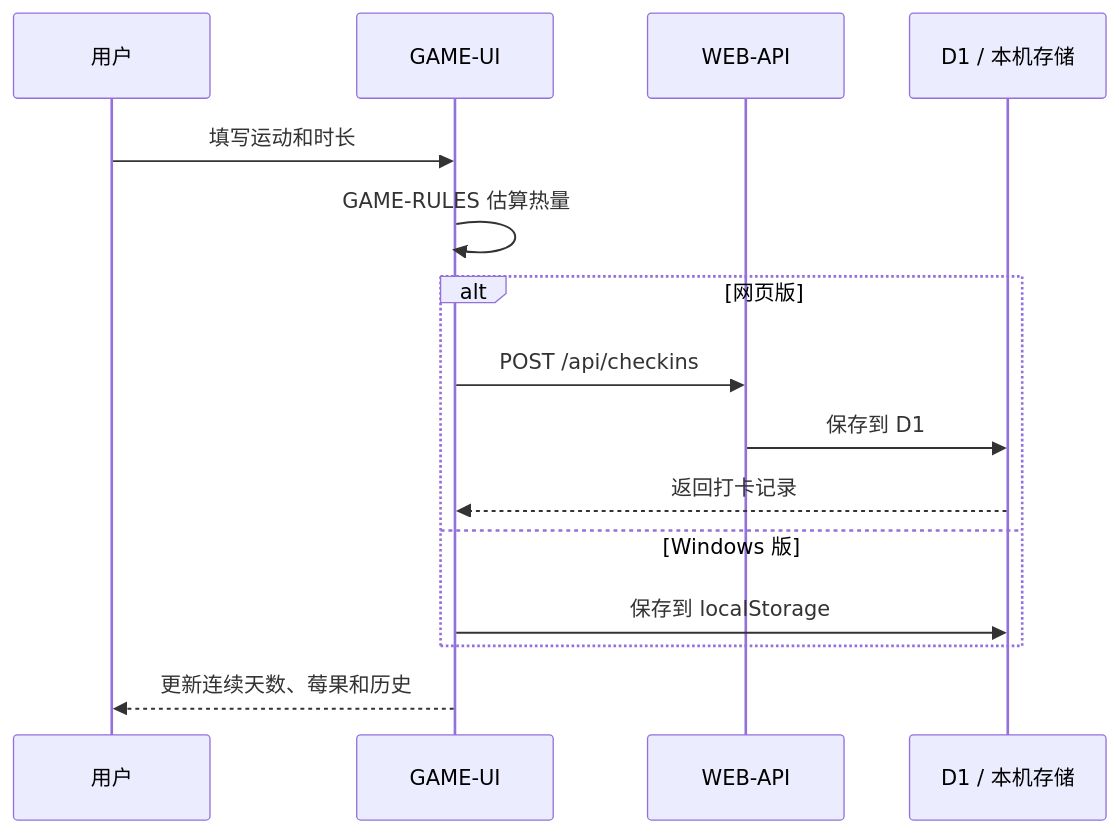
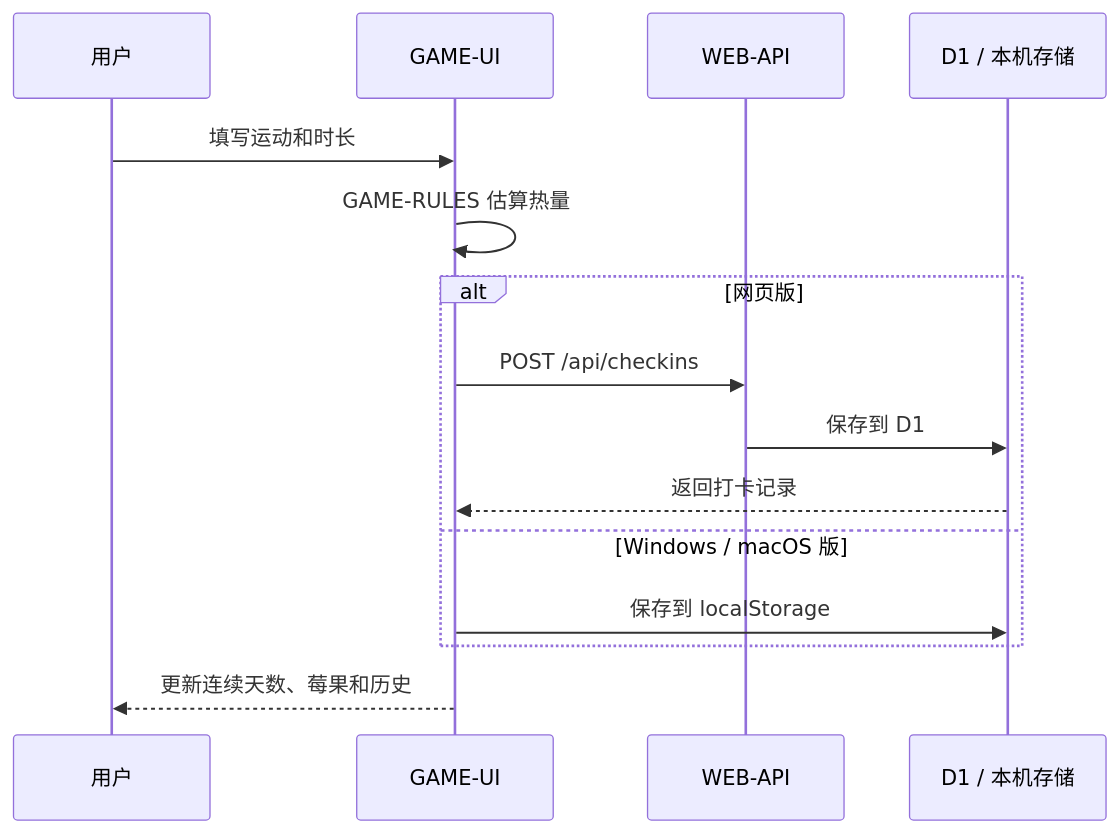
One commit to daotuidezhong/berry-workout-island changed the second of 2 diagrams in docs/ARCHITECTURE.md. Above: the diagram before and after it, drawn with Mermaid. The commit also changed other lines of this file and 10 other files, not shown here.

````diff
--- a/docs/ARCHITECTURE.md
+++ b/docs/ARCHITECTURE.md
@@ -76,17 +76,17 @@
 ```mermaid
 sequenceDiagram
     participant U as 用户
     participant P as GAME-UI
     participant A as WEB-API
     participant D as D1 / 本机存储
     U->>P: 填写运动和时长
     P->>P: GAME-RULES 估算热量
     alt 网页版
         P->>A: POST /api/checkins
         A->>D: 保存到 D1
         D-->>P: 返回打卡记录
-    else Windows 版
+    else Windows / macOS 版
         P->>D: 保存到 localStorage
     end
     P-->>U: 更新连续天数、莓果和历史
 ```
````
